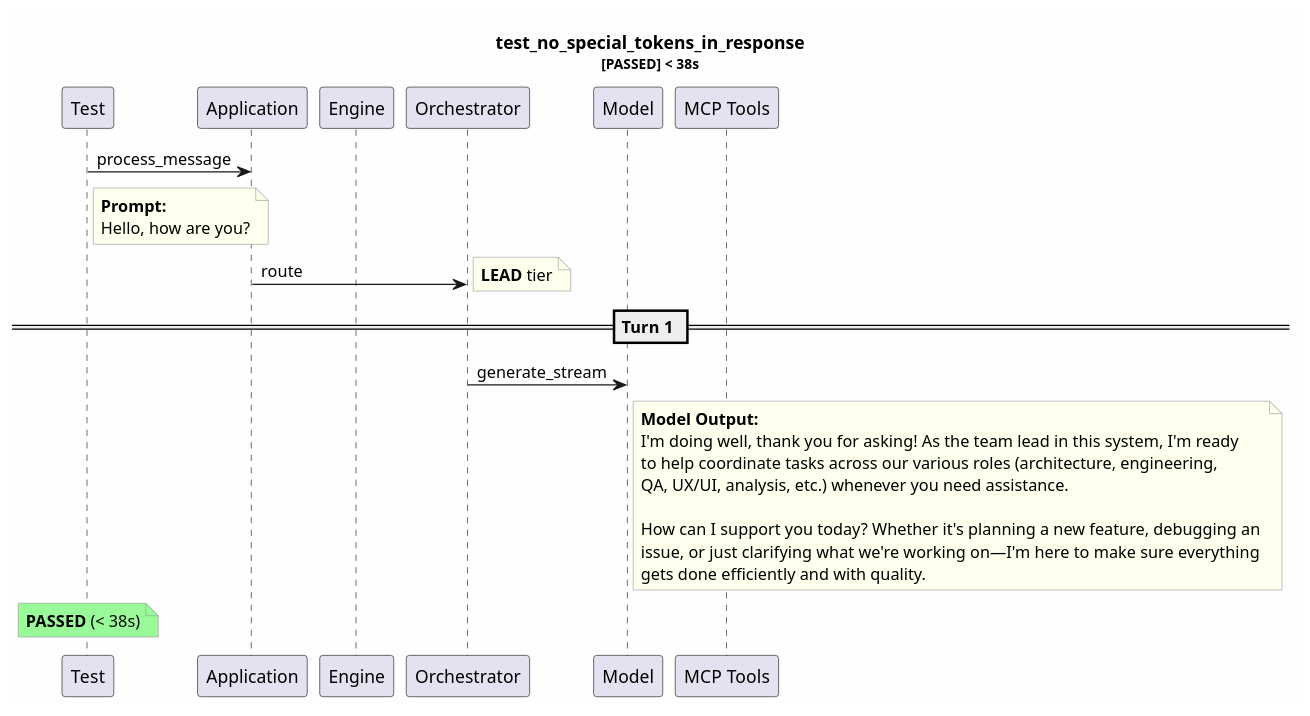
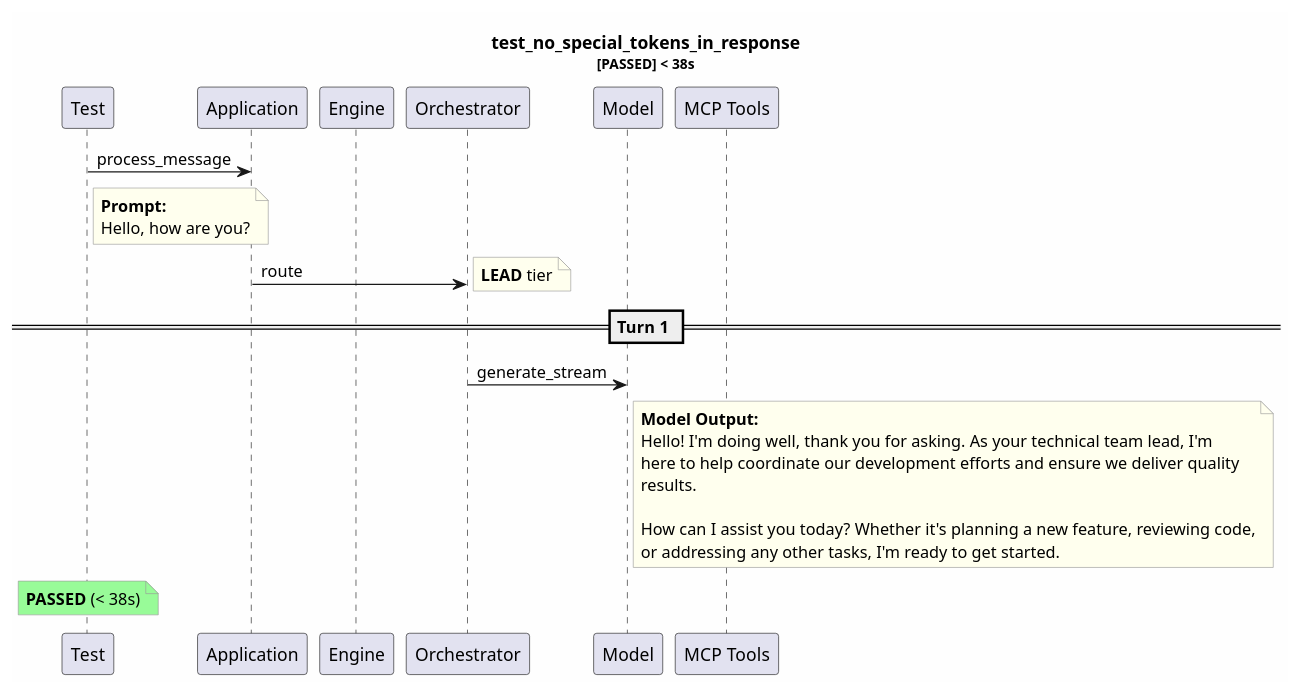
One commit to tvanfossen/entropic changed the diagram in test-reports/logs/test_no_special_tokens_in_response/test_no_special_tokens_in_response.puml. Above: the diagram before and after it, drawn with PlantUML. The commit also changed 18 other files, not shown here.

```diff
--- a/test-reports/logs/test_no_special_tokens_in_response/test_no_special_tokens_in_response.puml
+++ b/test-reports/logs/test_no_special_tokens_in_response/test_no_special_tokens_in_response.puml
@@ -1,37 +1,36 @@
 @startuml
 skinparam backgroundColor #FEFEFE
 skinparam noteBorderColor #999999
 skinparam noteBackgroundColor #FFFFEE
 title test_no_special_tokens_in_response\n<size:11>[PASSED] < 38s</size>
 
 participant "Test" as T
 participant "Application" as App
 participant "Engine" as Eng
 participant "Orchestrator" as Orch
 participant "Model" as Mdl
 participant "MCP Tools" as MCP
 
 T -> App: process_message
 note right of T
   **Prompt:**
   Hello, how are you?
 end note
 App -> Orch: route
 note right: **LEAD** tier
 == Turn 1 ==
 Orch -> Mdl: generate_stream
 note right of Mdl
   **Model Output:**
-  I'm doing well, thank you for asking! As the team lead in this system, I'm ready
-  to help coordinate tasks across our various roles (architecture, engineering, 
-  QA, UX/UI, analysis, etc.) whenever you need assistance.
+  Hello! I'm doing well, thank you for asking. As your technical team lead, I'm 
+  here to help coordinate our development efforts and ensure we deliver quality 
+  results. 
   
-  How can I support you today? Whether it's planning a new feature, debugging an 
-  issue, or just clarifying what we're working on—I'm here to make sure everything
-  gets done efficiently and with quality.
+  How can I assist you today? Whether it's planning a new feature, reviewing code,
+  or addressing any other tasks, I'm ready to get started.
 end note
 note over T #palegreen
   **PASSED** (< 38s)
 end note
 
 @enduml
```
